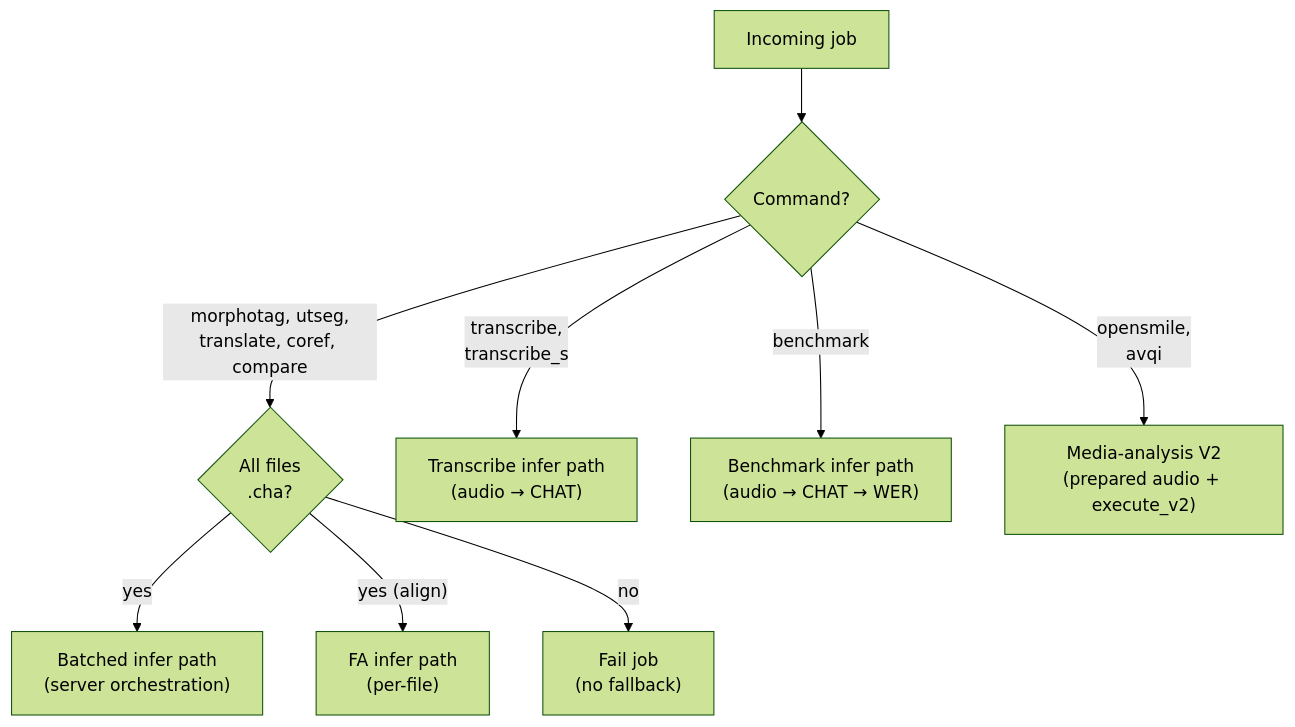
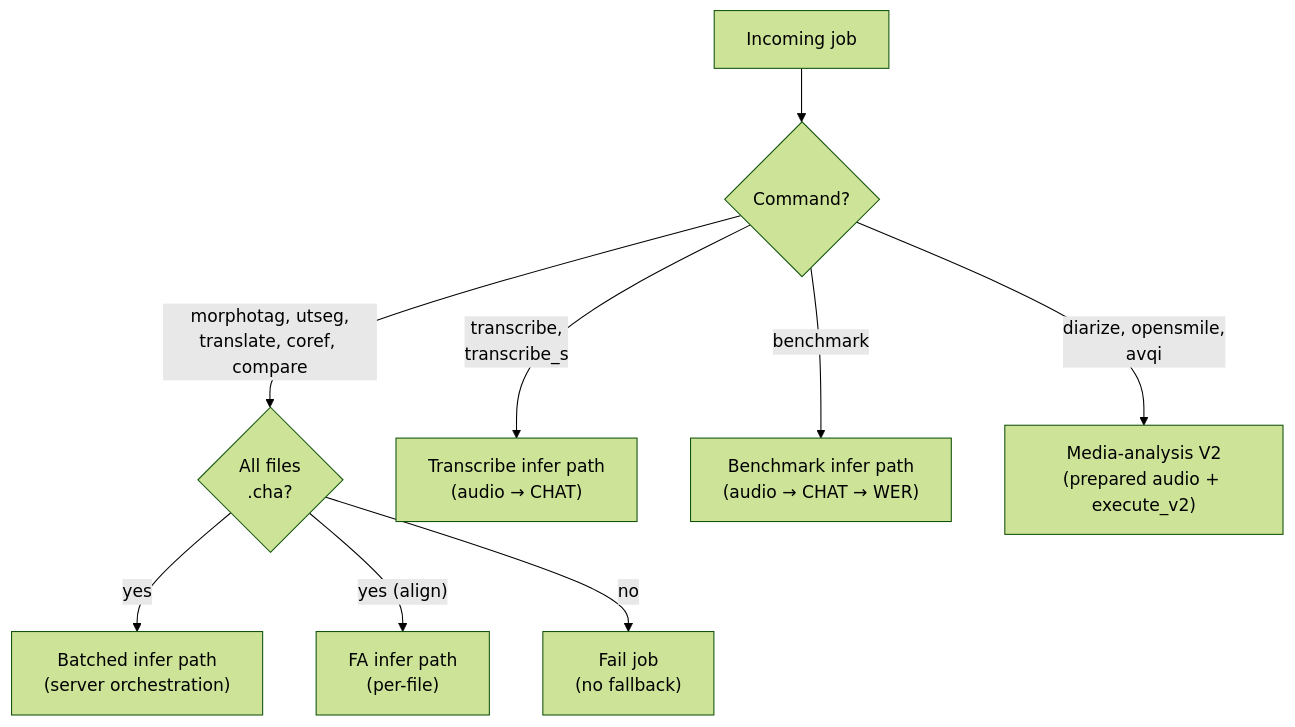
The second of 3 diagrams in book/src/architecture/python-rust-boundary/python-rust-boundary.md (TalkBank/talkbank-tools), drawn with Mermaid (forest theme) before and after one commit. The commit also changed other lines of this file and 84 other files, not shown here.

````diff
--- a/book/src/architecture/python-rust-boundary/python-rust-boundary.md
+++ b/book/src/architecture/python-rust-boundary/python-rust-boundary.md
@@ -63,21 +80,21 @@
 ```mermaid
 flowchart TD
     job["Incoming job"]
     cmd{"Command?"}
     allchat{"All files\n.cha?"}
     infer["Batched infer path\n(server orchestration)"]
     fainfer["FA infer path\n(per-file)"]
     transcribe["Transcribe infer path\n(audio → CHAT)"]
     benchmark["Benchmark infer path\n(audio → CHAT → WER)"]
     media["Media-analysis V2\n(prepared audio + execute_v2)"]
     fail["Fail job\n(no fallback)"]
 
     job --> cmd
     cmd -->|"morphotag, utseg,\ntranslate, coref, compare"| allchat
     cmd -->|"transcribe,\ntranscribe_s"| transcribe
     cmd -->|benchmark| benchmark
-    cmd -->|"opensmile,\navqi"| media
+    cmd -->|"diarize, opensmile,\navqi"| media
     allchat -->|yes| infer
     allchat -->|"yes (align)"| fainfer
     allchat -->|no| fail
 ```
````
